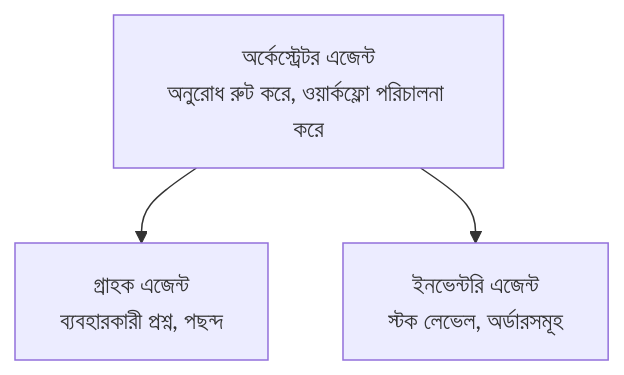
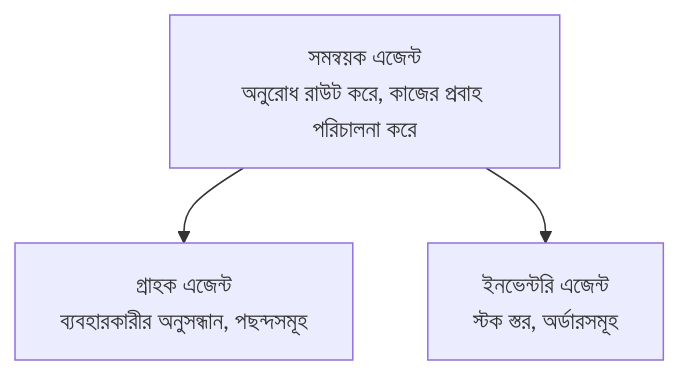
Before and after one commit to microsoft/AZD-for-beginners: the diagram in translations/bn/docs/chapter-05-multi-agent/README.md, drawn with Mermaid. The commit also changed other lines of this file and 104 other files, not shown here.

````diff
--- a/translations/bn/docs/chapter-05-multi-agent/README.md
+++ b/translations/bn/docs/chapter-05-multi-agent/README.md
@@ -52,5 +54,5 @@
 ```mermaid
 graph TD
-    Orchestrator[অর্কেস্ট্রেটর এজেন্ট<br/>অনুরোধ রুট করে, ওয়ার্কফ্লো পরিচালনা করে] --> Customer[গ্রাহক এজেন্ট<br/>ব্যবহারকারী প্রশ্ন, পছন্দ] 
-    Orchestrator --> Inventory[ইনভেন্টরি এজেন্ট<br/>স্টক লেভেল, অর্ডারসমূহ]
+    Orchestrator[সমন্বয়ক এজেন্ট<br/>অনুরোধ রাউট করে, কাজের প্রবাহ পরিচালনা করে] --> Customer[গ্রাহক এজেন্ট<br/>ব্যবহারকারীর অনুসন্ধান, পছন্দসমূহ]
+    Orchestrator --> Inventory[ইনভেন্টরি এজেন্ট<br/>স্টক স্তর, অর্ডারসমূহ]
 ```
````
